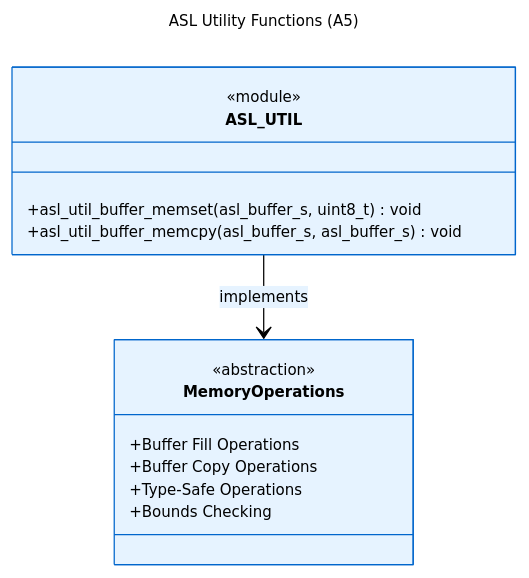
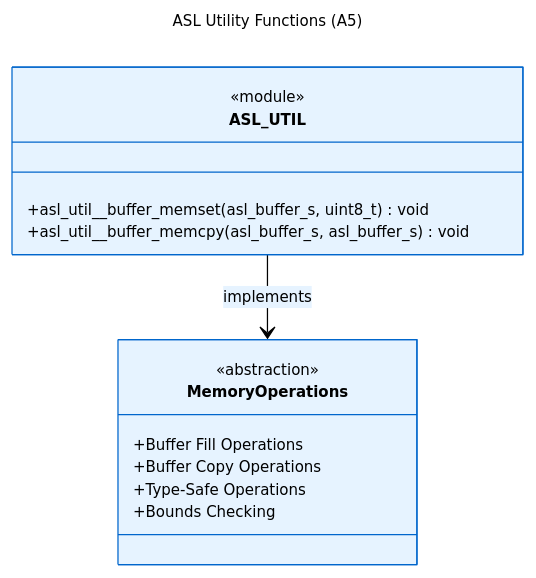
One commit to ABD-01/quantum-harmony changed the diagram in architecture/logical_view_util_overview.md. Above: the diagram before and after it, drawn with Mermaid. The commit also changed other lines of this file and 67 other files, not shown here.

````diff
--- a/architecture/logical_view_util_overview.md
+++ b/architecture/logical_view_util_overview.md
@@ -33,39 +33,39 @@
 ```mermaid
 ---
 title: ASL Utility Functions (A5)
 config:
   theme: base
   themeVariables:
     background: "#ffffff"
     primaryColor: "#e6f3ff"
     primaryTextColor: "#000000"
     primaryBorderColor: "#0066cc"
     lineColor: "#000000"
     secondaryColor: "#f0f0f0"
     tertiaryColor: "#cccccc"
     fontFamily: "arial"
     fontSize: "12px"
 ---
 classDiagram
     class ASL_UTIL {
         <<module>>
-        +asl_util_buffer_memset(asl_buffer_s, uint8_t) void
-        +asl_util_buffer_memcpy(asl_buffer_s, asl_buffer_s) void
+        +asl_util__buffer_memset(asl_buffer_s, uint8_t) void
+        +asl_util__buffer_memcpy(asl_buffer_s, asl_buffer_s) void
     }
     
     class MemoryOperations {
         <<abstraction>>
         +Buffer Fill Operations
         +Buffer Copy Operations
         +Type-Safe Operations
         +Bounds Checking
     }
     
     ASL_UTIL --> MemoryOperations : implements
     
     classDef util fill:#f0fff0,stroke:#228b22,stroke-width:2px
     classDef abstract fill:#e6ffe6,stroke:#006600,stroke-width:2px
     
     class ASL_UTIL:::util
     class MemoryOperations:::abstract
 ```
````
